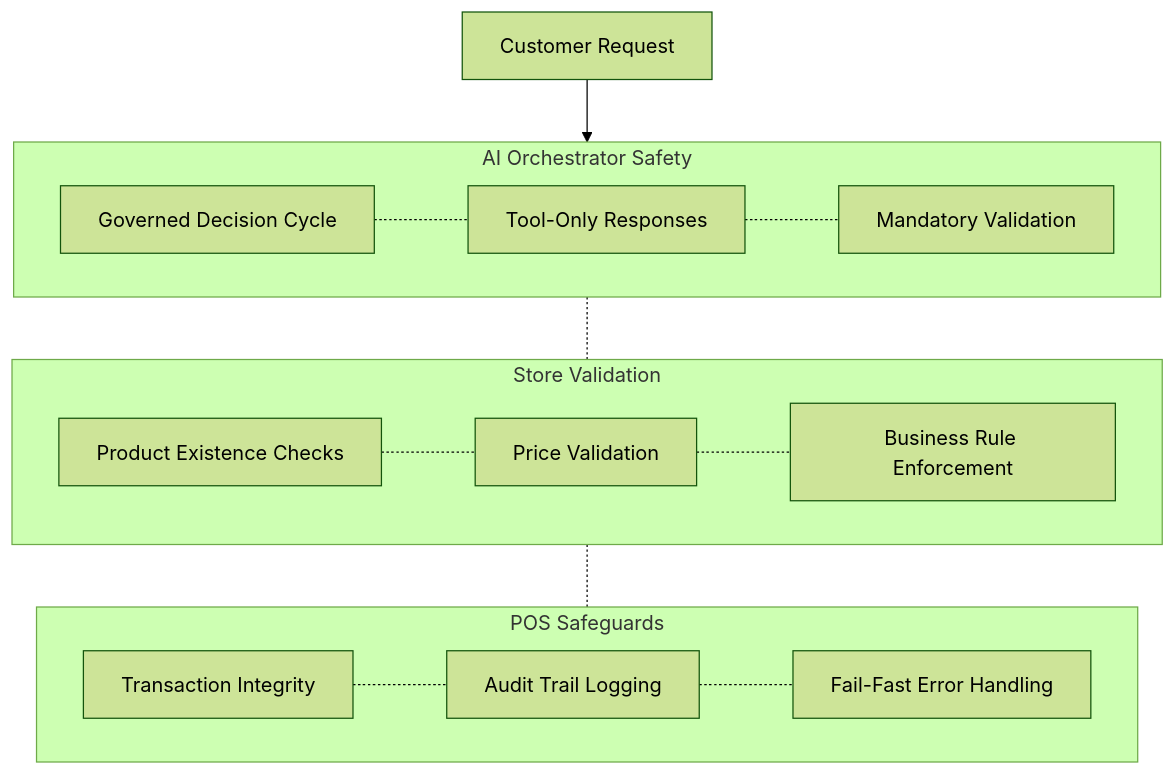
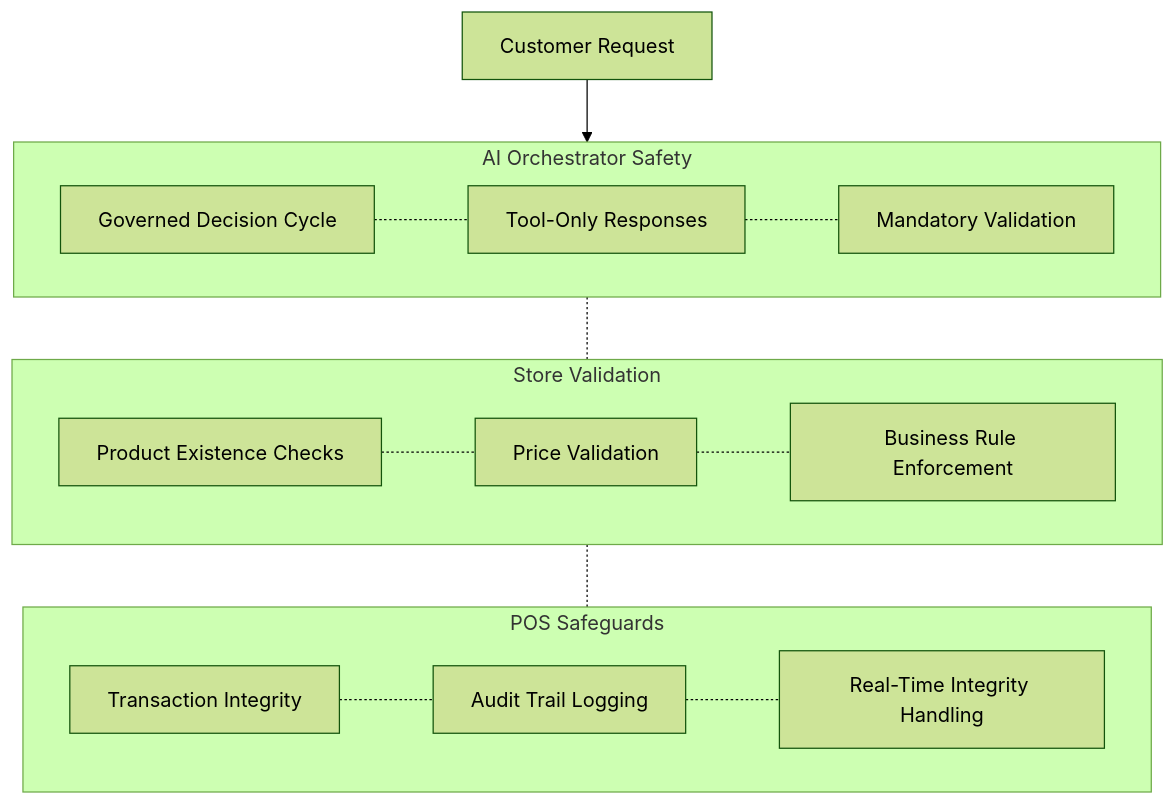
The fifth of 7 diagrams in PRESENTATION.md (paulmooreparks/AiPos), drawn with Mermaid (forest theme) before and after one commit. The commit also changed other lines of this file, not shown here.

````diff
--- a/PRESENTATION.md
+++ b/PRESENTATION.md
@@ -213,34 +199,34 @@
 ```mermaid
 graph TB
     subgraph L1[AI Orchestrator Safety]
         A[Governed Decision Cycle]
         B[Tool-Only Responses]
         C[Mandatory Validation]
     end
 
     subgraph L2[Store Validation]
         D[Product Existence Checks]
         E[Price Validation]
         F[Business Rule Enforcement]
     end
 
     subgraph L3[POS Safeguards]
         G[Transaction Integrity]
         H[Audit Trail Logging]
-        I[Fail-Fast Error Handling]
+        I[Real-Time Integrity Handling]
     end
 
     J[Customer Request] --> L1
 
     A -.- B
     B -.- C
 
     D -.- E
     E -.- F
 
     G -.- H
     H -.- I
 
     L1 -.- L2
     L2 -.- L3
 ```
````
